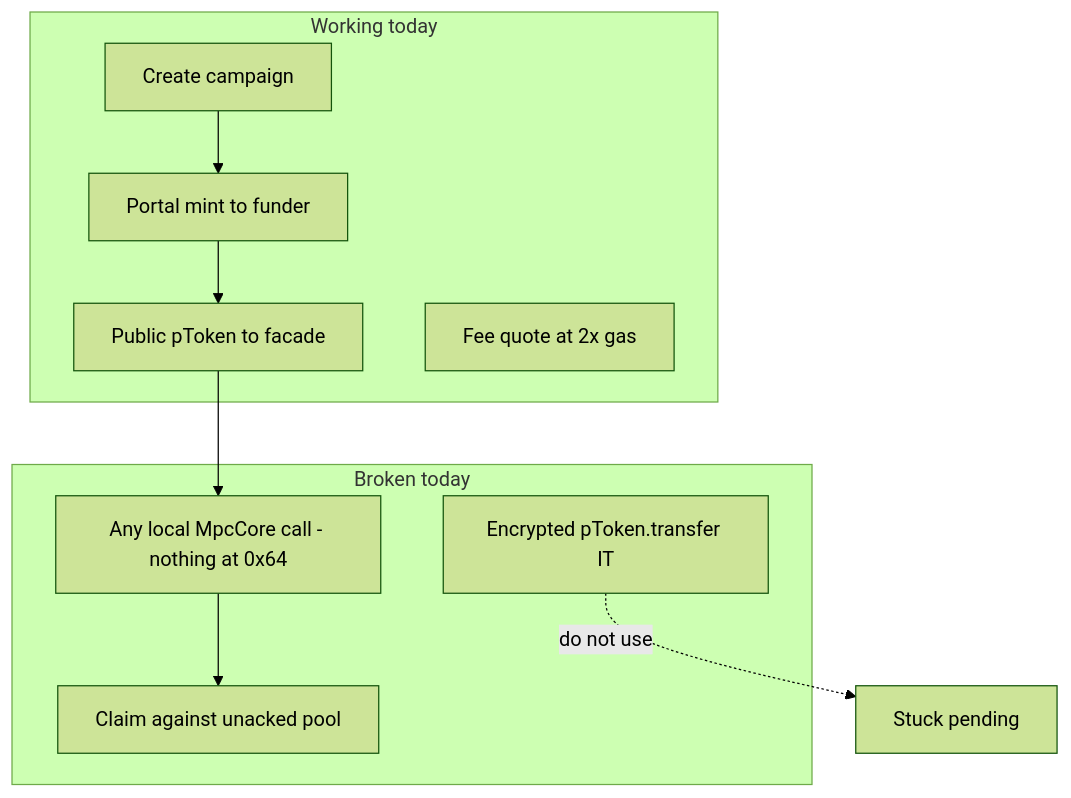
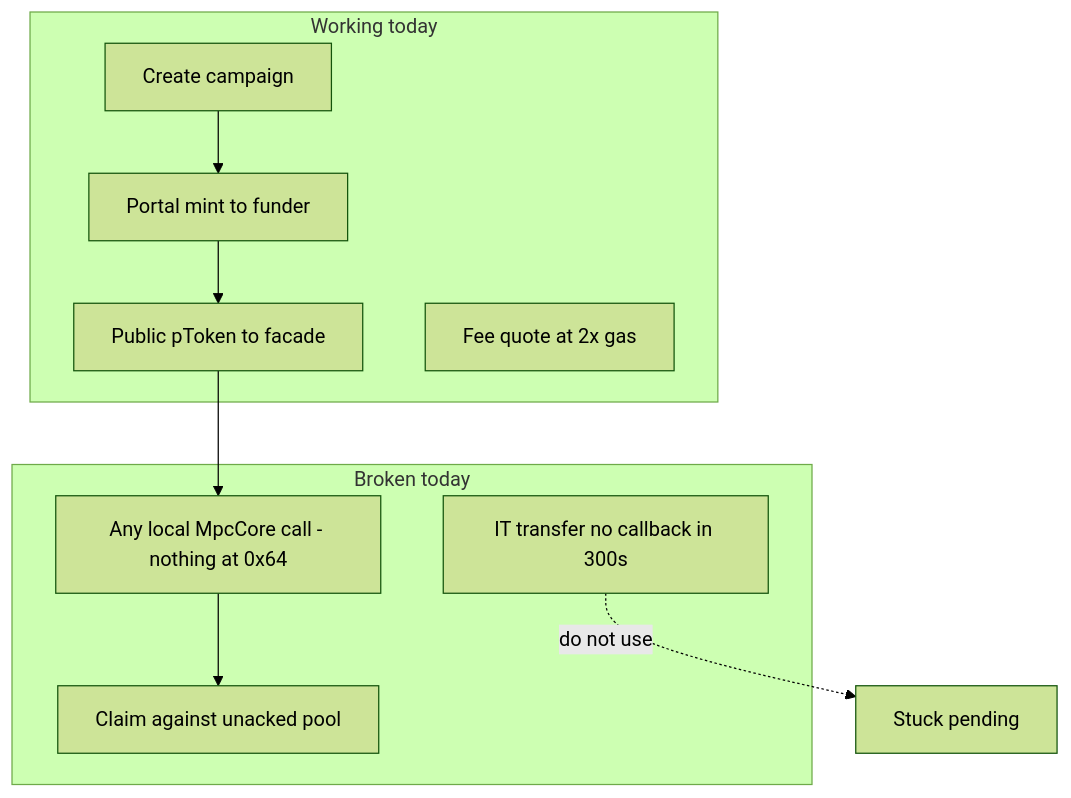
Before and after one commit to cotitech-io/hrpayroll-ui: the fifth of 6 diagrams in ui/docs/fundCampaign.md, drawn with Mermaid (forest theme). The commit also changed other lines of this file and 1 other file, not shown here.

First line of the commit message:
Document live IT transfer retest: submit OK, no callback in 300s

````diff
--- a/ui/docs/fundCampaign.md
+++ b/ui/docs/fundCampaign.md
@@ -255,20 +276,20 @@
 ```mermaid
 flowchart TB
   subgraph works [Working today]
     W1[Create campaign]
     W2[Portal mint to funder]
     W3[Public pToken to facade]
     W4[Fee quote at 2x gas]
   end
 
   subgraph breaks [Broken today]
-    B1[Encrypted pToken.transfer IT]
+    B1[IT transfer no callback in 300s]
     B2[Any local MpcCore call - nothing at 0x64]
     B3[Claim against unacked pool]
   end
 
   W1 --> W2 --> W3
   W3 --> B2
   B2 --> B3
   B1 -.->|do not use| Dead[Stuck pending]
 ```
````
